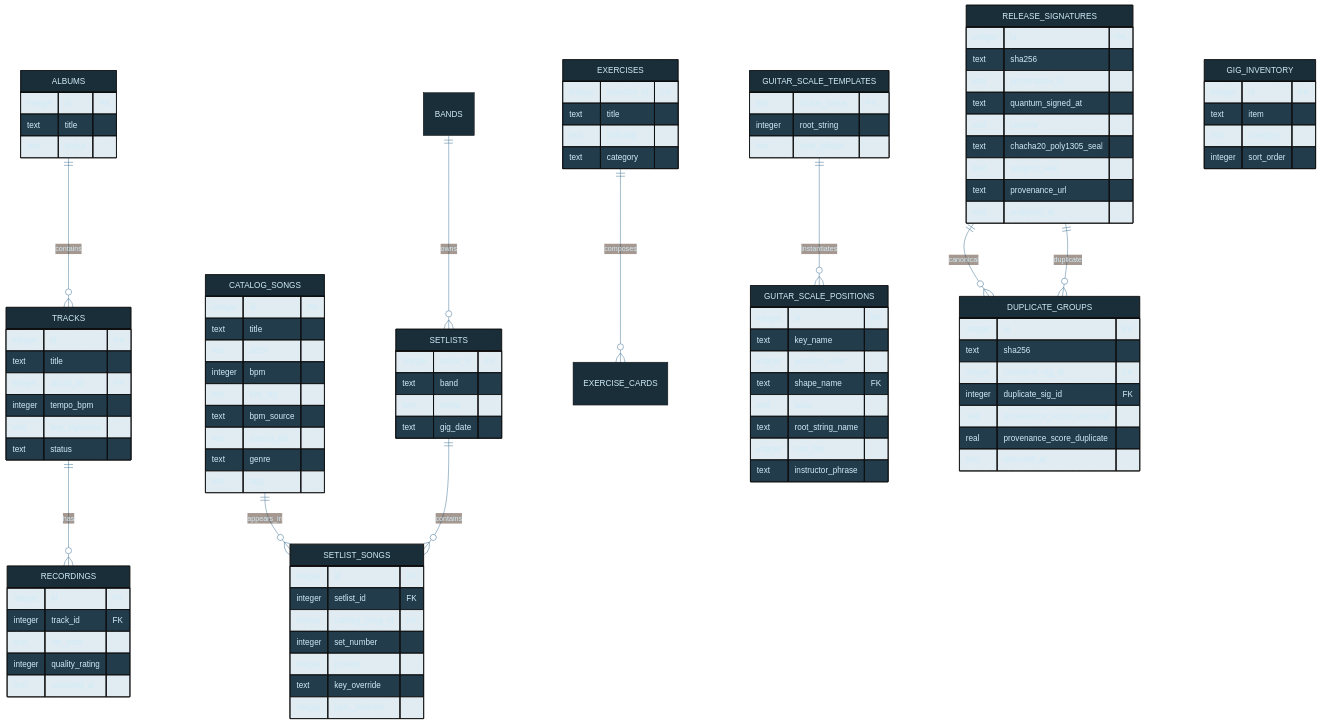
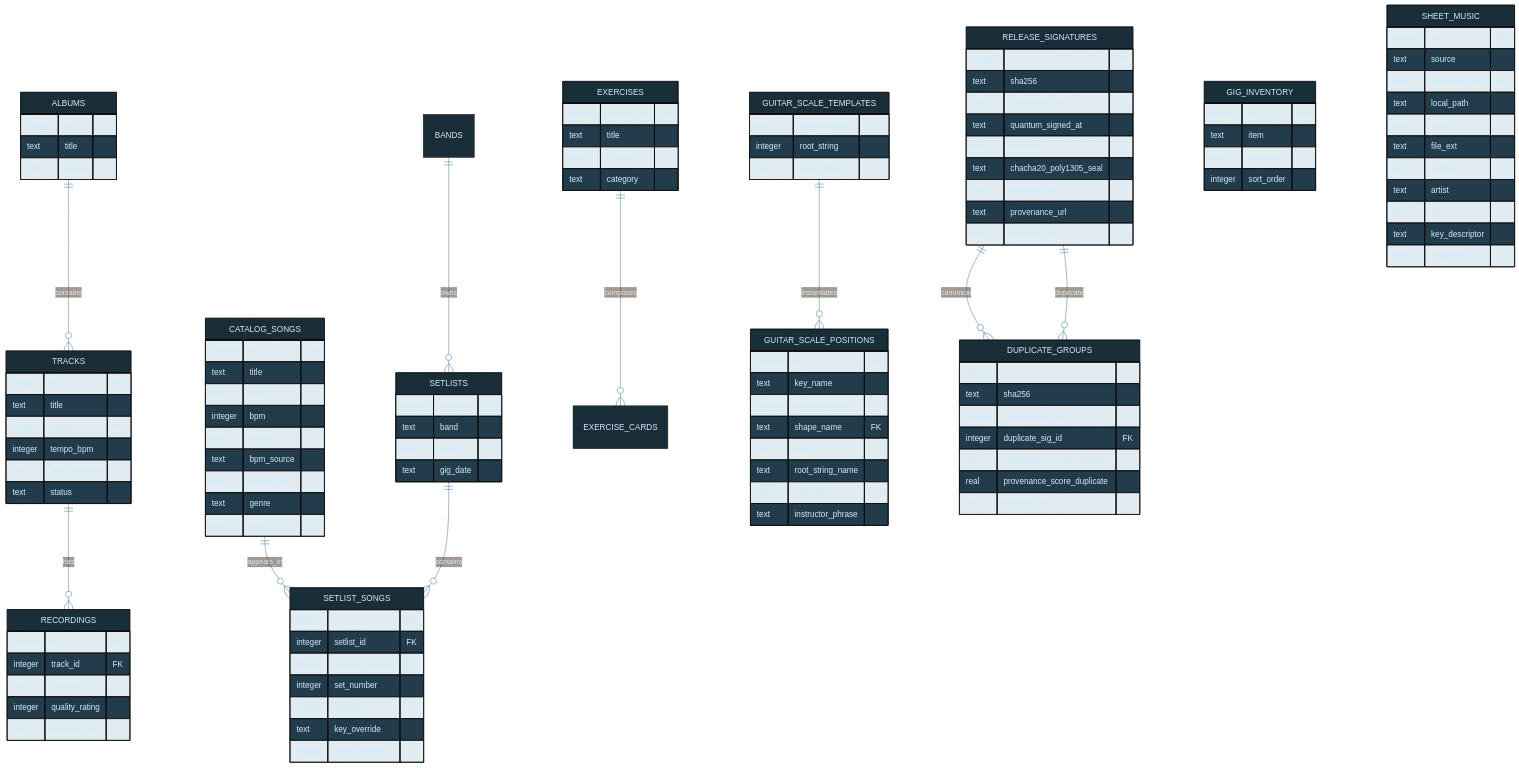
Before and after one commit to tylerdrakemusic/-Workspace: the diagram in diagrams/music-db-schema.mmd, drawn with Mermaid. The commit also changed 4 other files, not shown here.

Commit message:
docs(FR-20260530-gdrive-integration): update 5 stale architecture diagrams (gdrive integration)

```diff
--- a/diagrams/music-db-schema.mmd
+++ b/diagrams/music-db-schema.mmd
@@ -1,105 +1,118 @@
 %%{init: {'theme': 'base', 'themeVariables': {'primaryColor': '#1a2e3a', 'primaryTextColor': '#d0ecf8', 'edgeLabelBackground': '#0f1318', 'lineColor': '#4a7a9a'}}}%%
 erDiagram
     TRACKS ||--o{ RECORDINGS : has
     ALBUMS ||--o{ TRACKS : contains
     CATALOG_SONGS ||--o{ SETLIST_SONGS : appears_in
     SETLISTS ||--o{ SETLIST_SONGS : contains
     BANDS ||--o{ SETLISTS : owns
     EXERCISES ||--o{ EXERCISE_CARDS : composes
     GUITAR_SCALE_TEMPLATES ||--o{ GUITAR_SCALE_POSITIONS : instantiates
     RELEASE_SIGNATURES ||--o{ DUPLICATE_GROUPS : "canonical"
     RELEASE_SIGNATURES ||--o{ DUPLICATE_GROUPS : "duplicate"
 
     TRACKS {
         integer id PK
         text title
         integer album_id FK
         integer tempo_bpm
         text key_signature
         text status
     }
     RECORDINGS {
         integer id PK
         integer track_id FK
         text file_path
         integer quality_rating
         text recorded_at
     }
     ALBUMS {
         integer id PK
         text title
         text status
     }
     CATALOG_SONGS {
         integer id PK
         text title
         text artist
         integer bpm
         text key_sig
         text bpm_source
         text source_file
         text genre
         text tags
     }
     SETLISTS {
         integer setlist_id PK
         text band
         text name
         text gig_date
     }
     SETLIST_SONGS {
         integer id PK
         integer setlist_id FK
         integer catalog_song_id FK
         integer set_number
         integer position
         text key_override
         integer bpm_override
     }
     EXERCISES {
         integer exercise_id PK
         text title
         text difficulty
         text category
     }
     GIG_INVENTORY {
         integer id PK
         text item
         text category
         integer sort_order
     }
     GUITAR_SCALE_TEMPLATES {
         text shape_name PK
         integer root_string
         text note_offsets
     }
     GUITAR_SCALE_POSITIONS {
         integer id PK
         text key_name
         integer position_order
         text shape_name FK
         text label
         text root_string_name
         integer root_fret
         text instructor_phrase
     }
     RELEASE_SIGNATURES {
         integer id PK
         text sha256
         text provenance_id
         text quantum_signed_at
         text pipeline
         text chacha20_poly1305_seal
         text aesgcm_seal
         text provenance_url
         text analyzed_at
     }
     DUPLICATE_GROUPS {
         integer id PK
         text sha256
         integer canonical_sig_id FK
         integer duplicate_sig_id FK
         real provenance_score_canonical
         real provenance_score_duplicate
         text detected_at
     }
+    SHEET_MUSIC {
+        integer id PK
+        text source
+        text gdrive_file_id UK
+        text local_path
+        text name
+        text file_ext
+        text category
+        text artist
+        text title
+        text key_descriptor
+        text ingested_at
+    }
```
